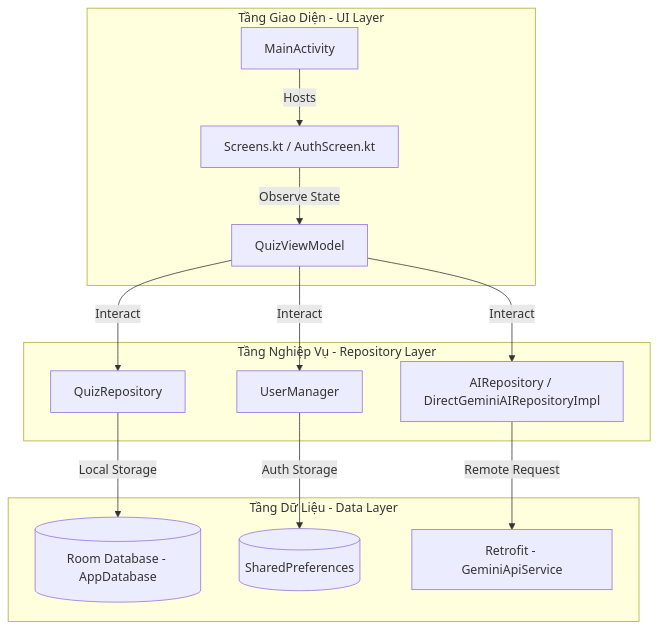
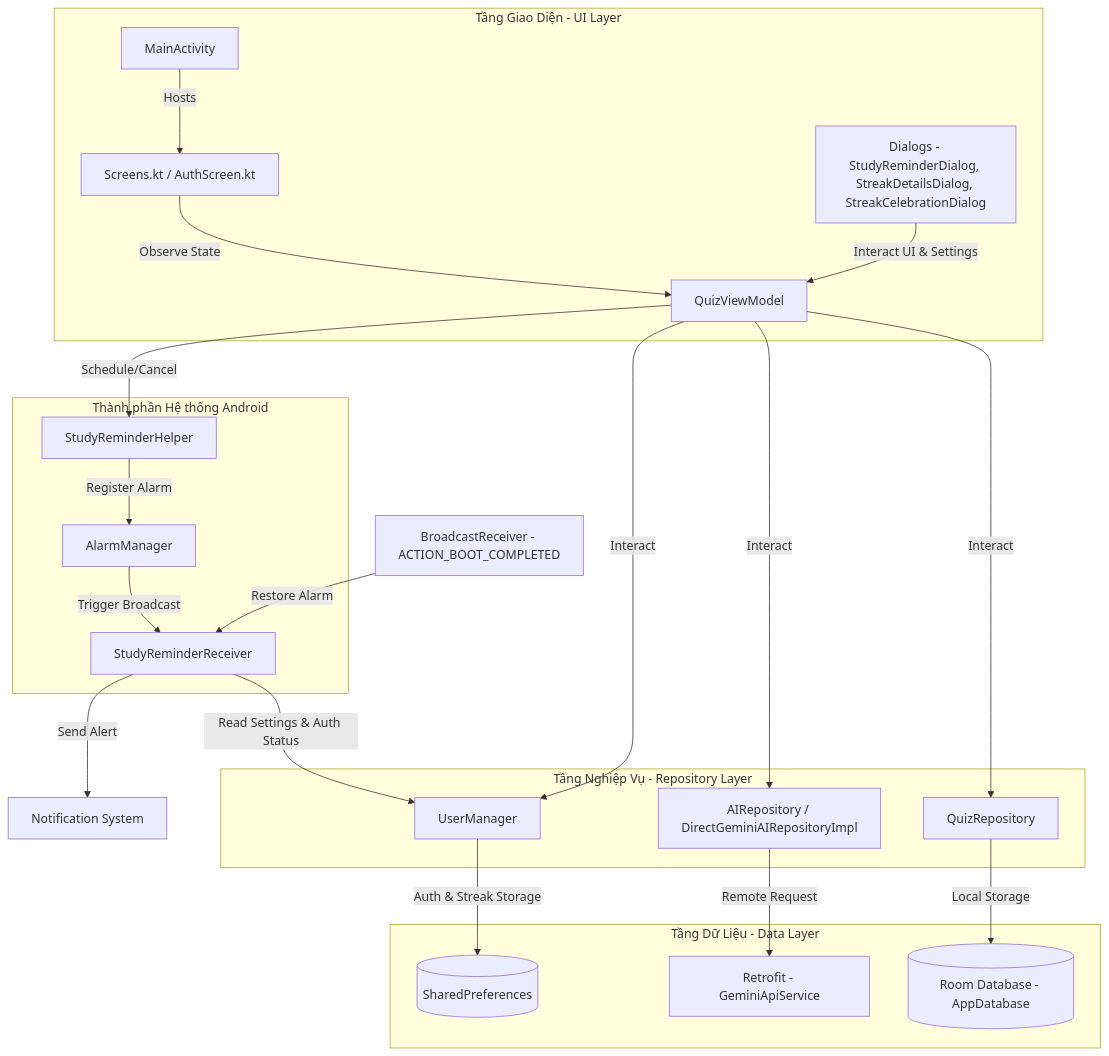
The first of 2 diagrams in ARCHITECTURE.md (lephuduy298/quizapp), drawn with Mermaid before and after one commit. The commit also changed other lines of this file and 4 other files, not shown here.

````diff
--- a/ARCHITECTURE.md
+++ b/ARCHITECTURE.md
@@ -41,31 +45,47 @@
 ```mermaid
 graph TD
     subgraph UI_Layer [Tầng Giao Diện - UI Layer]
         MainActivity[MainActivity]
         Screens[Screens.kt / AuthScreen.kt]
+        Dialogs[Dialogs - StudyReminderDialog, StreakDetailsDialog, StreakCelebrationDialog]
         QuizViewModel[QuizViewModel]
     end
 
     subgraph Domain_Repository_Layer [Tầng Nghiệp Vụ - Repository Layer]
         QuizRepository[QuizRepository]
         AIRepository[AIRepository / DirectGeminiAIRepositoryImpl]
         UserManager[UserManager]
     end
 
     subgraph Data_Layer [Tầng Dữ Liệu - Data Layer]
         AppDatabase[(Room Database - AppDatabase)]
         SharedPreferences[(SharedPreferences)]
         GeminiApiService[Retrofit - GeminiApiService]
     end
 
+    subgraph System_Components [Thành phần Hệ thống Android]
+        StudyReminderHelper[StudyReminderHelper]
+        AlarmManager[AlarmManager]
+        StudyReminderReceiver[StudyReminderReceiver]
+    end
+
     %% Interactions
     Screens -->|Observe State| QuizViewModel
+    Dialogs -->|Interact UI & Settings| QuizViewModel
     MainActivity -->|Hosts| Screens
     QuizViewModel -->|Interact| QuizRepository
     QuizViewModel -->|Interact| AIRepository
     QuizViewModel -->|Interact| UserManager
     
     QuizRepository -->|Local Storage| AppDatabase
-    UserManager -->|Auth Storage| SharedPreferences
+    UserManager -->|Auth & Streak Storage| SharedPreferences
     AIRepository -->|Remote Request| GeminiApiService
+
+    %% Study Reminder Flow
+    QuizViewModel -->|Schedule/Cancel| StudyReminderHelper
+    StudyReminderHelper -->|Register Alarm| AlarmManager
+    AlarmManager -->|Trigger Broadcast| StudyReminderReceiver
+    StudyReminderReceiver -->|Read Settings & Auth Status| UserManager
+    StudyReminderReceiver -->|Send Alert| NotificationManager[Notification System]
+    BootReceiver[BroadcastReceiver - ACTION_BOOT_COMPLETED] -->|Restore Alarm| StudyReminderReceiver
 ```
````
